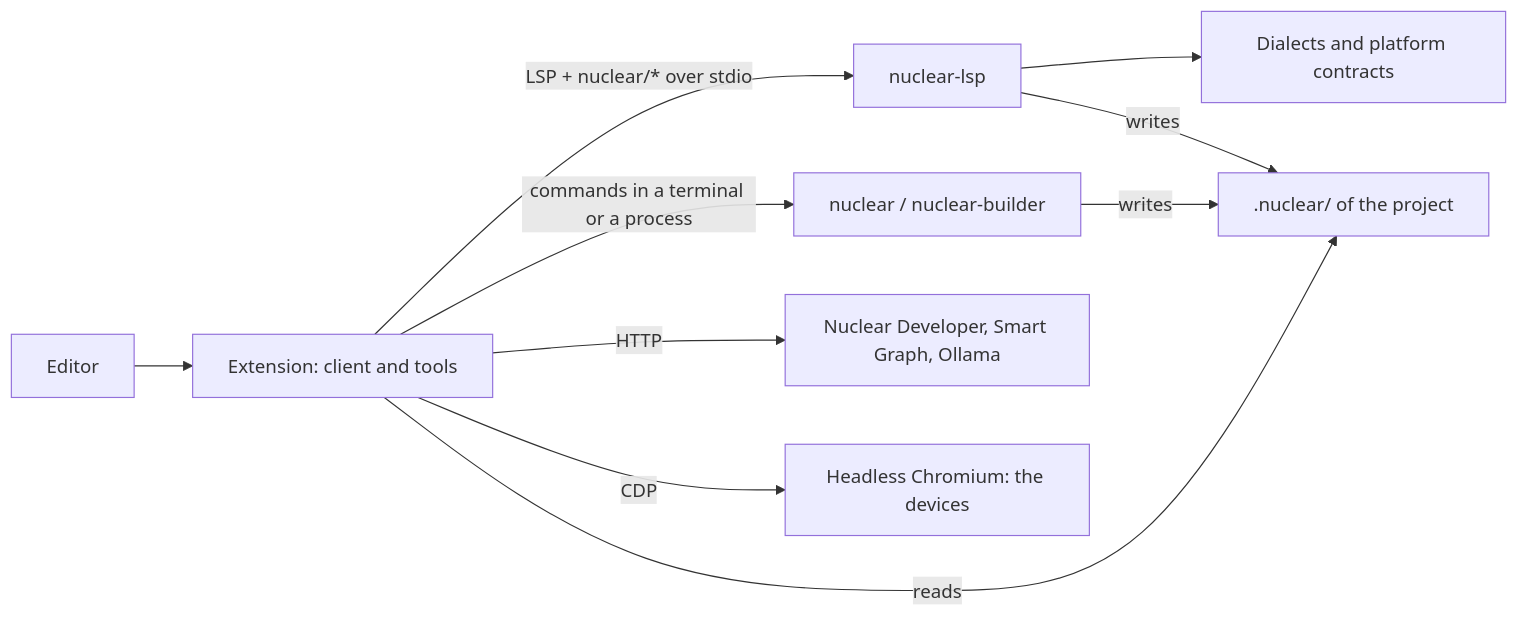
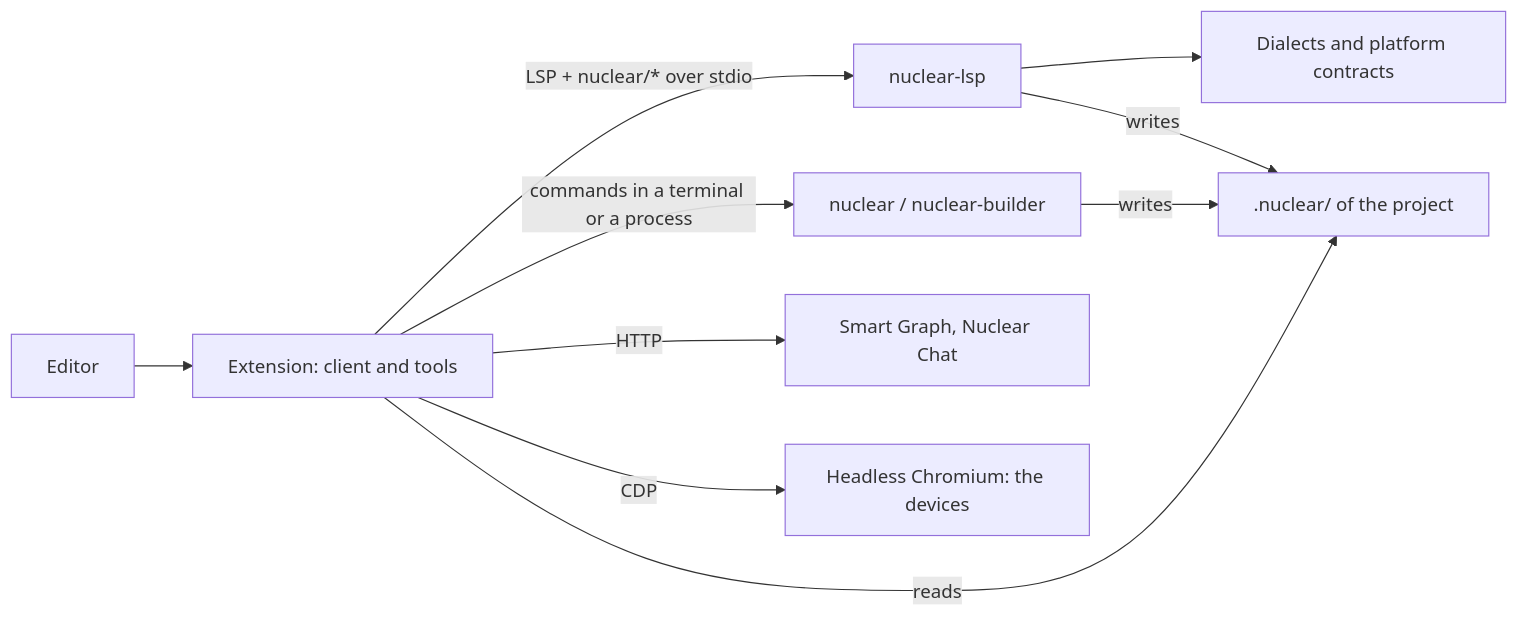
One commit to nuclearlang/lang changed the diagram in extensions/docs/02-architecture/overview.md. Above: the diagram before and after it, drawn with Mermaid. The commit also changed 175 other files, not shown here.

````diff
--- a/extensions/docs/02-architecture/overview.md
+++ b/extensions/docs/02-architecture/overview.md
@@ -11,12 +11,12 @@
 ```mermaid
 flowchart LR
   editor[Editor] --> ext[Extension: client and tools]
   ext -- "LSP + nuclear/* over stdio" --> lsp[nuclear-lsp]
   lsp --> dialects[Dialects and platform contracts]
   ext -- "commands in a terminal or a process" --> cli[nuclear / nuclear-builder]
-  ext -- HTTP --> ai[Nuclear Developer, Smart Graph, Ollama]
+  ext -- HTTP --> ai[Smart Graph, Nuclear Chat]
   ext -- CDP --> browser[Headless Chromium: the devices]
   lsp -- writes --> files[".nuclear/ of the project"]
   cli -- writes --> files
   ext -- reads --> files
 ```
````
